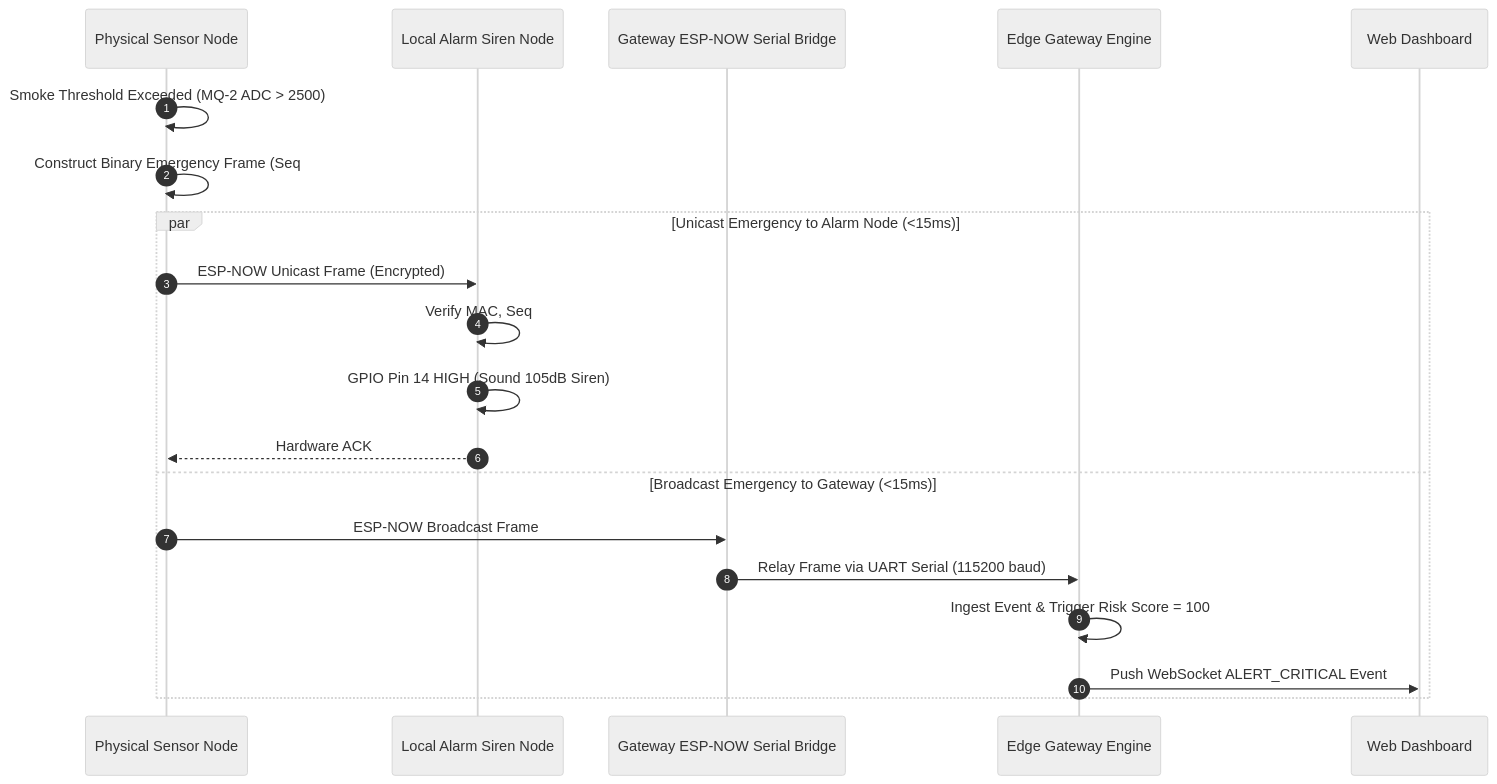
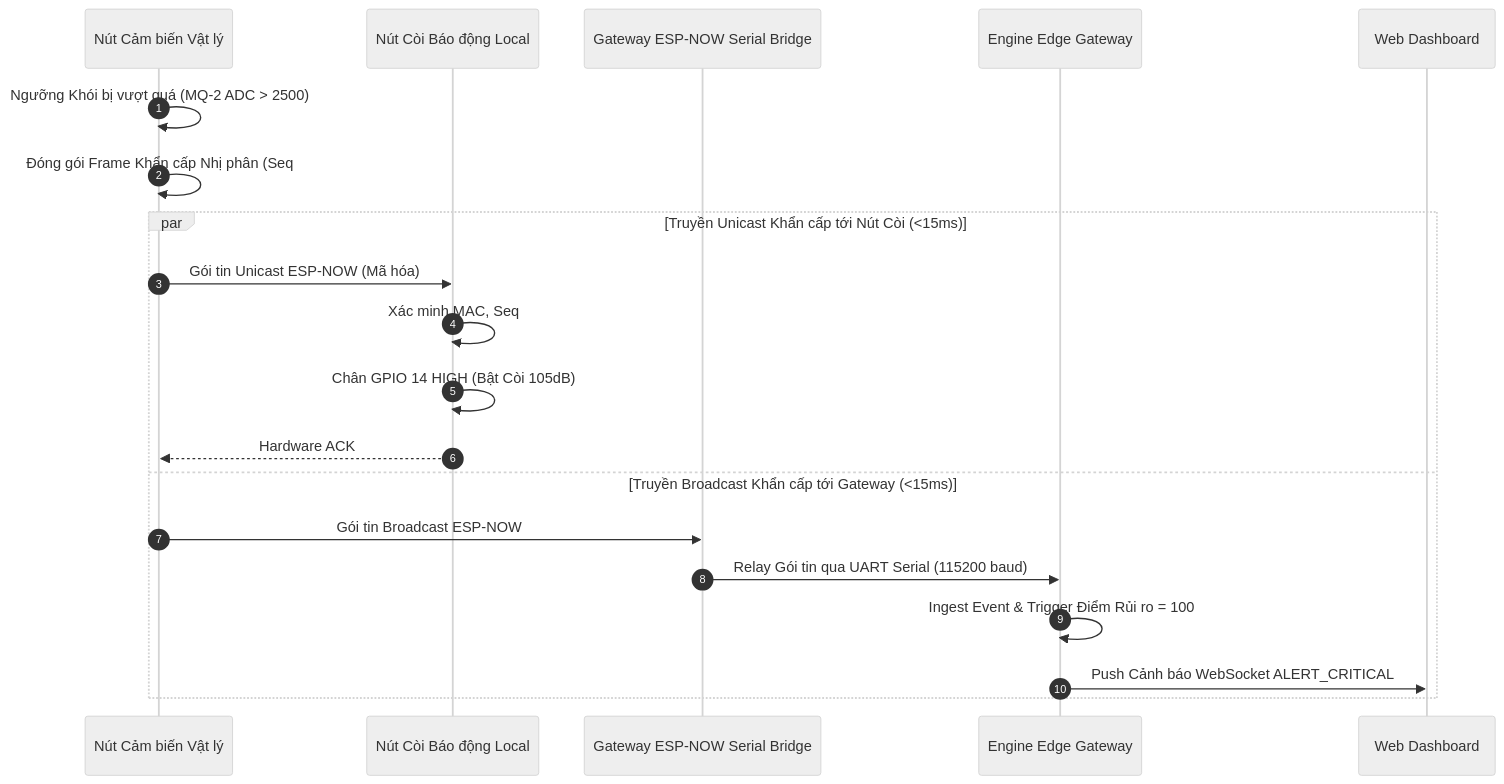
One commit to Eddy-hoang/SAM changed the diagram in docs/09-esp-now-emergency-path.md. Above: the diagram before and after it, drawn with Mermaid (neutral theme). The commit also changed other lines of this file and 34 other files, not shown here.

````diff
--- a/docs/09-esp-now-emergency-path.md
+++ b/docs/09-esp-now-emergency-path.md
@@ -75,24 +75,24 @@
 ```mermaid
 sequenceDiagram
     autonumber
-    participant Sensor as Physical Sensor Node
-    participant AlarmNode as Local Alarm Siren Node
+    participant Sensor as Nút Cảm biến Vật lý
+    participant AlarmNode as Nút Còi Báo động Local
     participant ESPBridge as Gateway ESP-NOW Serial Bridge
-    participant Gateway as Edge Gateway Engine
+    participant Gateway as Engine Edge Gateway
     participant UI as Web Dashboard
 
-    Sensor->>Sensor: Smoke Threshold Exceeded (MQ-2 ADC > 2500)
-    Sensor->>Sensor: Construct Binary Emergency Frame (Seq #1042)
+    Sensor->>Sensor: Ngưỡng Khói bị vượt quá (MQ-2 ADC > 2500)
+    Sensor->>Sensor: Đóng gói Frame Khẩn cấp Nhị phân (Seq #1042)
     
-    par Unicast Emergency to Alarm Node (<15ms)
-        Sensor->>AlarmNode: ESP-NOW Unicast Frame (Encrypted)
-        AlarmNode->>AlarmNode: Verify MAC, Seq# & Decrypt
-        AlarmNode->>AlarmNode: GPIO Pin 14 HIGH (Sound 105dB Siren)
+    par Truyền Unicast Khẩn cấp tới Nút Còi (<15ms)
+        Sensor->>AlarmNode: Gói tin Unicast ESP-NOW (Mã hóa)
+        AlarmNode->>AlarmNode: Xác minh MAC, Seq# & Giải mã
+        AlarmNode->>AlarmNode: Chân GPIO 14 HIGH (Bật Còi 105dB)
         AlarmNode-->>Sensor: Hardware ACK
-    and Broadcast Emergency to Gateway (<15ms)
-        Sensor->>ESPBridge: ESP-NOW Broadcast Frame
-        ESPBridge->>Gateway: Relay Frame via UART Serial (115200 baud)
-        Gateway->>Gateway: Ingest Event & Trigger Risk Score = 100
-        Gateway->>UI: Push WebSocket ALERT_CRITICAL Event
+    and Truyền Broadcast Khẩn cấp tới Gateway (<15ms)
+        Sensor->>ESPBridge: Gói tin Broadcast ESP-NOW
+        ESPBridge->>Gateway: Relay Gói tin qua UART Serial (115200 baud)
+        Gateway->>Gateway: Ingest Event & Trigger Điểm Rủi ro = 100
+        Gateway->>UI: Push Cảnh báo WebSocket ALERT_CRITICAL
     end
 ```
````
